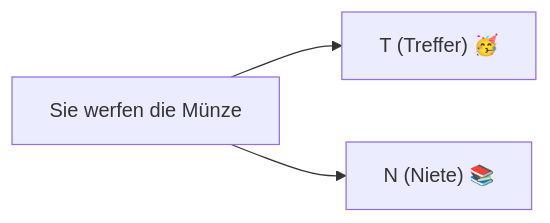
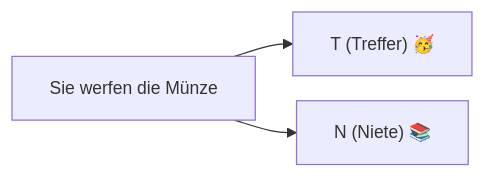
One commit to sebastiansauer/start-bayes changed the diagram in slides/0300-Wskt.qmd. Above: the diagram before and after it, drawn with Mermaid. The commit also changed other lines of this file and 19 other files, not shown here.

First line of the commit message:
fix: Mermaid-Diagramm-Überlauf in Foliensätzen (Kapitel 3 u.a.)

````diff
--- a/slides/0300-Wskt.qmd
+++ b/slides/0300-Wskt.qmd
@@ -121,5 +121,6 @@
 ```{mermaid}
+%%{init: {'themeVariables': {'fontSize': '14px'}, 'flowchart': {'diagramPadding': 4, 'nodeSpacing': 20, 'rankSpacing': 30}}}%%
 flowchart LR
  M[Sie werfen die Münze] --> T["T (Treffer) 🥳"]
   M --> N["N (Niete) 📚"]
 ```
````
